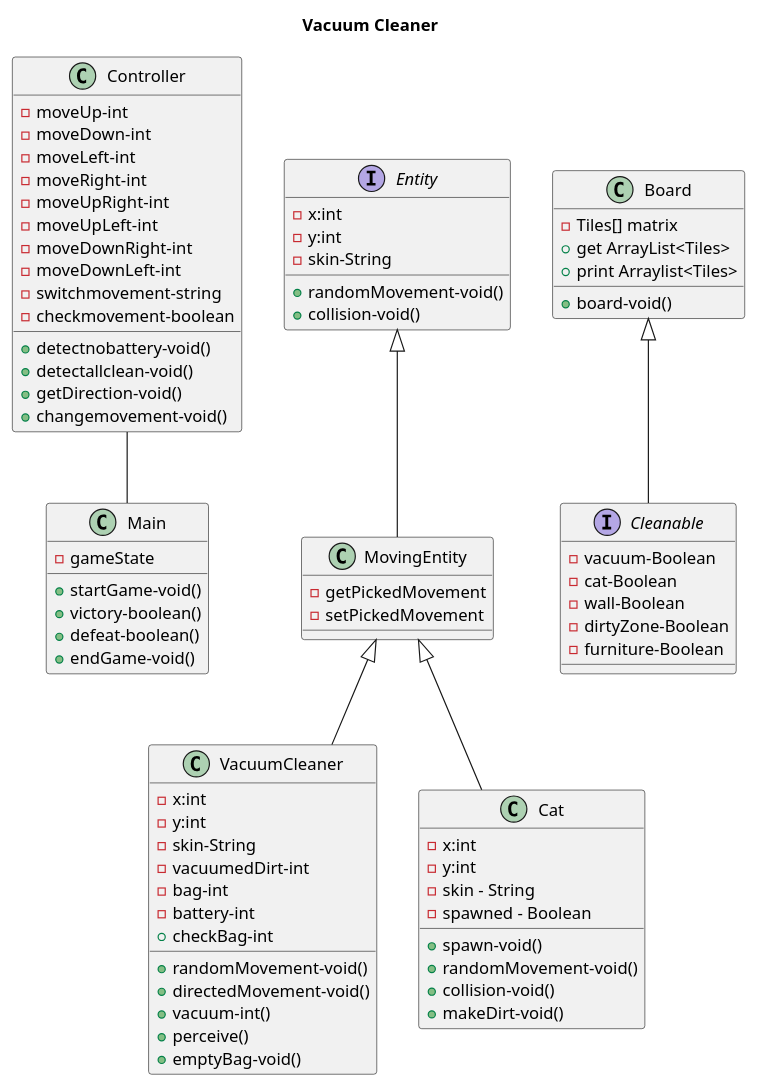
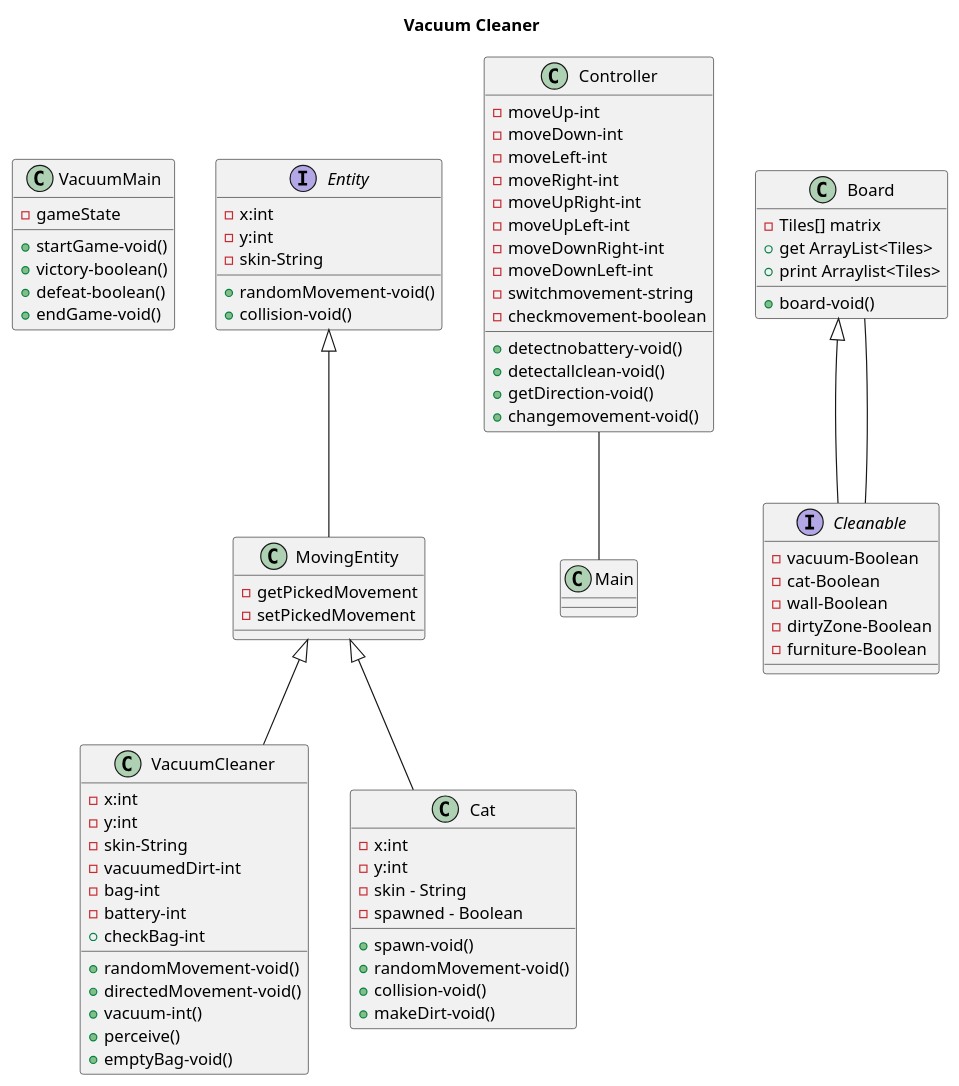
The diagram in docs/PlantUML/VacuumPlantUml.puml (eabol/awesome-projects-prograii), drawn with PlantUML before and after one commit. The commit also changed 4 other files, not shown here.

```diff
--- a/docs/PlantUML/VacuumPlantUml.puml
+++ b/docs/PlantUML/VacuumPlantUml.puml
@@ -1,82 +1,82 @@
 @startuml
 'https://plantuml.com/sequence-diagram
 title Vacuum Cleaner
-class Main{
+class VacuumMain{
 		-gameState
 		+startGame-void()
 		+victory-boolean()
 		+defeat-boolean()
 		+endGame-void()
 }
 interface Entity{
        -x:int
        -y:int
        -skin-String
        +randomMovement-void()
        +collision-void()
 }
 class VacuumCleaner extends MovingEntity {
 		-x:int
 		-y:int
 		-skin-String
 		-vacuumedDirt-int
 		-bag-int
 		-battery-int
 		+randomMovement-void()
 		+directedMovement-void()
 		+vacuum-int()
 		+perceive()
 		+checkBag-int
 		+emptyBag-void()
 }
 class Cat extends MovingEntity{
 		-x:int
 		-y:int
 		-skin - String
 		-spawned - Boolean
 		+spawn-void()
 		+randomMovement-void()
 		+collision-void()
         +makeDirt-void()
 }
 class Controller  {
 		-moveUp-int
         -moveDown-int
         -moveLeft-int
         -moveRight-int
         -moveUpRight-int
         -moveUpLeft-int
         -moveDownRight-int
         -moveDownLeft-int
         -switchmovement-string
 		-checkmovement-boolean
 		+detectnobattery-void()
         +detectallclean-void()
         +getDirection-void()
 		+changemovement-void()
 }
 class MovingEntity extends Entity{
 	    -getPickedMovement
 	    -setPickedMovement
 }
 
 class Board{
 	    -Tiles[] matrix
         +board-void()
         +get ArrayList<Tiles>
         +print Arraylist<Tiles>
 }
 interface Cleanable extends Board{
 		-vacuum-Boolean
 		-cat-Boolean
 		-wall-Boolean
 		-dirtyZone-Boolean
 		-furniture-Boolean
 }
 
 
 
-
+Cleanable -- Board
 Controller -- Main
 
 @enduml
```
